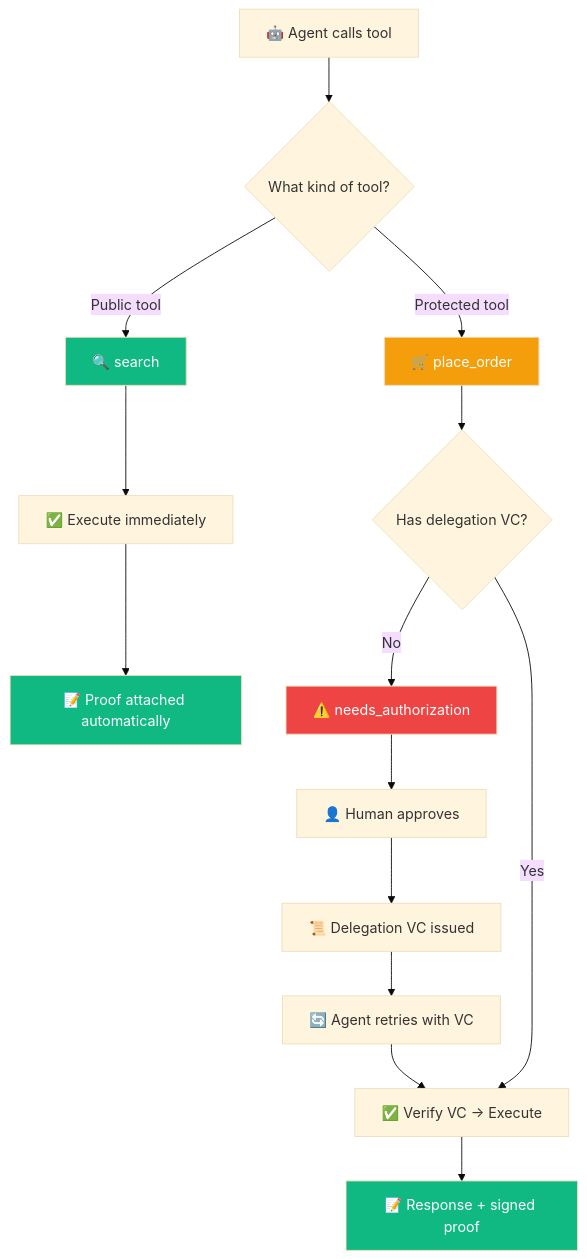
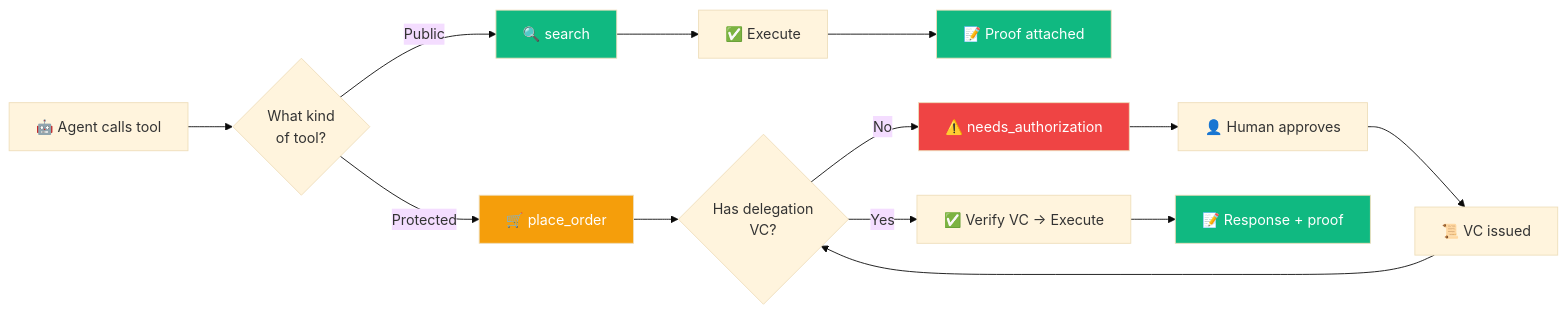
One commit to modelcontextprotocol-identity/mcp-i-core changed the diagram in demo-quickstart/visuals/tool-protection.md. Above: the diagram before and after it, drawn with Mermaid (base theme). The commit also changed 5 other files, not shown here.

First line of the commit message:
feat: add rendered PNGs, fix flowchart layout, Inspector recording guide

````diff
--- a/demo-quickstart/visuals/tool-protection.md
+++ b/demo-quickstart/visuals/tool-protection.md
@@ -5,26 +5,25 @@
 ```mermaid
-flowchart TD
-    A["🤖 Agent calls tool"] --> B{"What kind of tool?"}
+flowchart LR
+    A["🤖 Agent calls tool"] --> B{"What kind<br/>of tool?"}
 
-    B -->|"Public tool"| C["🔍 search"]
-    C --> D["✅ Execute immediately"]
-    D --> E["📝 Proof attached automatically"]
+    B -->|"Public"| C["🔍 search"]
+    C --> D["✅ Execute"]
+    D --> E["📝 Proof attached"]
 
-    B -->|"Protected tool"| F["🛒 place_order"]
-    F --> G{"Has delegation VC?"}
+    B -->|"Protected"| F["🛒 place_order"]
+    F --> G{"Has delegation<br/>VC?"}
 
     G -->|"No"| H["⚠️ needs_authorization"]
     H --> I["👤 Human approves"]
-    I --> J["📜 Delegation VC issued"]
-    J --> K["🔄 Agent retries with VC"]
-    K --> L["✅ Verify VC → Execute"]
+    I --> J["📜 VC issued"]
+    J --> G
 
-    G -->|"Yes"| L
-    L --> M["📝 Response + signed proof"]
+    G -->|"Yes"| K["✅ Verify VC → Execute"]
+    K --> L["📝 Response + proof"]
 
     style C fill:#10b981,color:#fff
     style F fill:#f59e0b,color:#fff
     style H fill:#ef4444,color:#fff
     style E fill:#10b981,color:#fff
-    style M fill:#10b981,color:#fff
+    style L fill:#10b981,color:#fff
 ```
````
